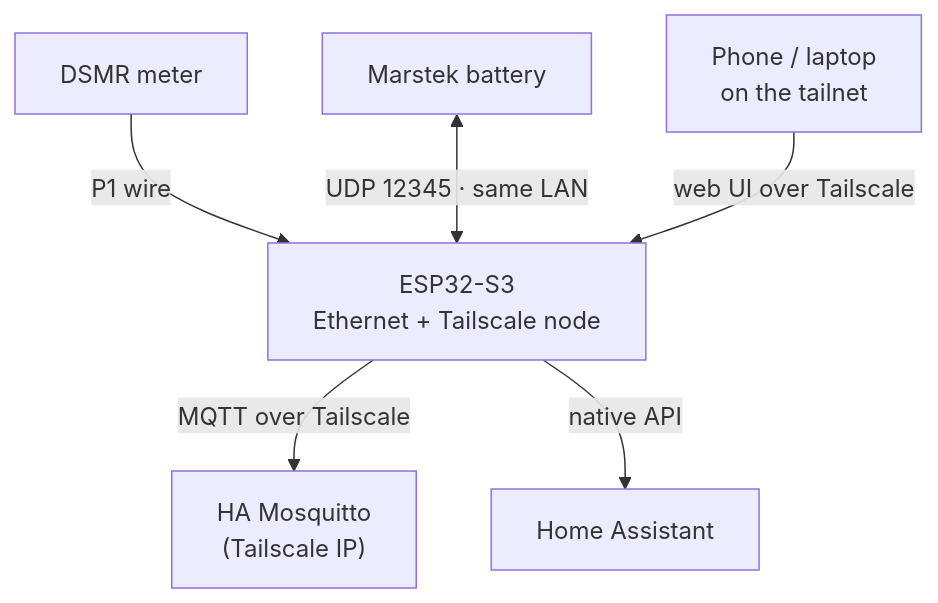
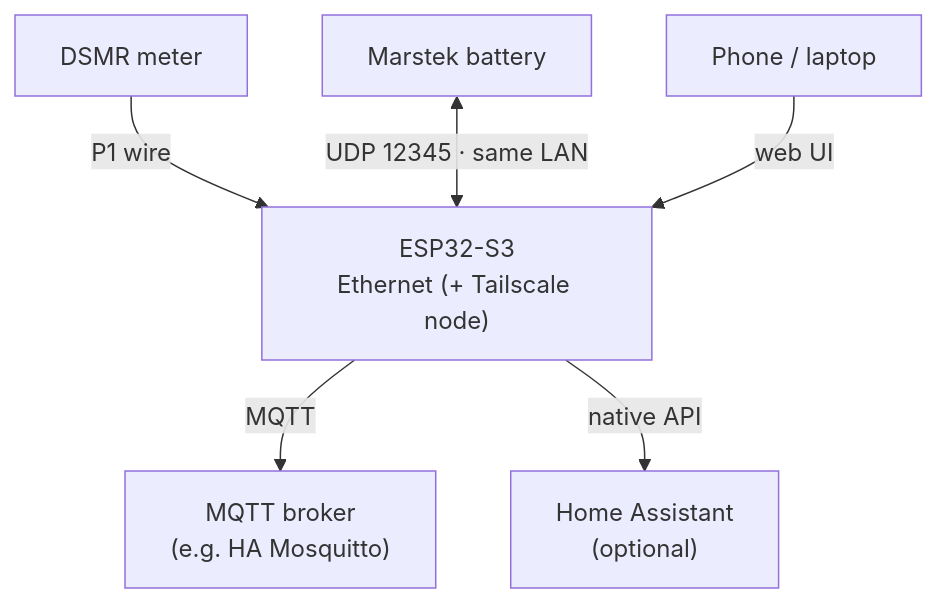
Before and after one commit to Maart3nL/esphome-astrameter-dsmr: the second of 2 diagrams in README.md, drawn with Mermaid. The commit also changed other lines of this file and 1 other file, not shown here.

First line of the commit message:
Docs: rewrite README around Simple V3 + Tailscale variants only

````diff
--- a/README.md
+++ b/README.md
@@ -150,8 +142,8 @@
 ```mermaid
 flowchart TB
-    MET["DSMR meter"] -->|"P1 wire"| ESP["ESP32-S3<br/>Ethernet + Tailscale node"]
+    MET["DSMR meter"] -->|"P1 wire"| ESP["ESP32-S3<br/>Ethernet (+ Tailscale node)"]
     BAT["Marstek battery"] <-->|"UDP 12345 · same LAN"| ESP
-    ESP -->|"MQTT over Tailscale"| BR["HA Mosquitto<br/>(Tailscale IP)"]
-    ESP -->|"native API"| HA["Home Assistant"]
-    PH["Phone / laptop<br/>on the tailnet"] -->|"web UI over Tailscale"| ESP
+    ESP -->|"MQTT"| BR["MQTT broker<br/>(e.g. HA Mosquitto)"]
+    ESP -->|"native API"| HA["Home Assistant<br/>(optional)"]
+    PH["Phone / laptop"] -->|"web UI"| ESP
 ```
````
